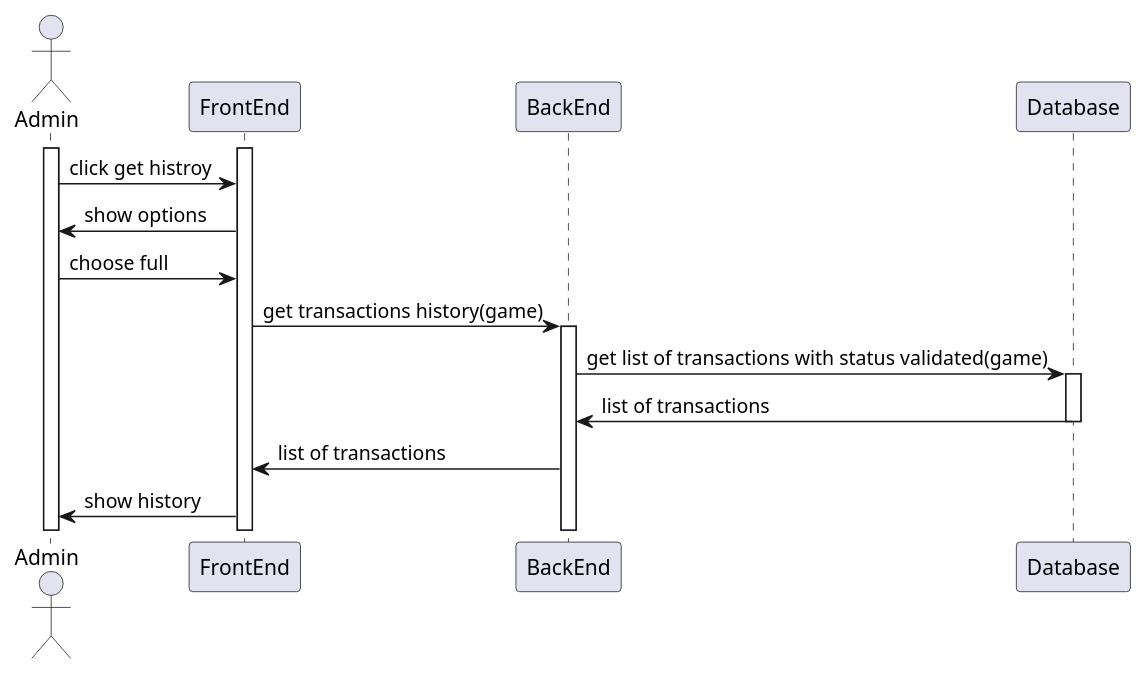
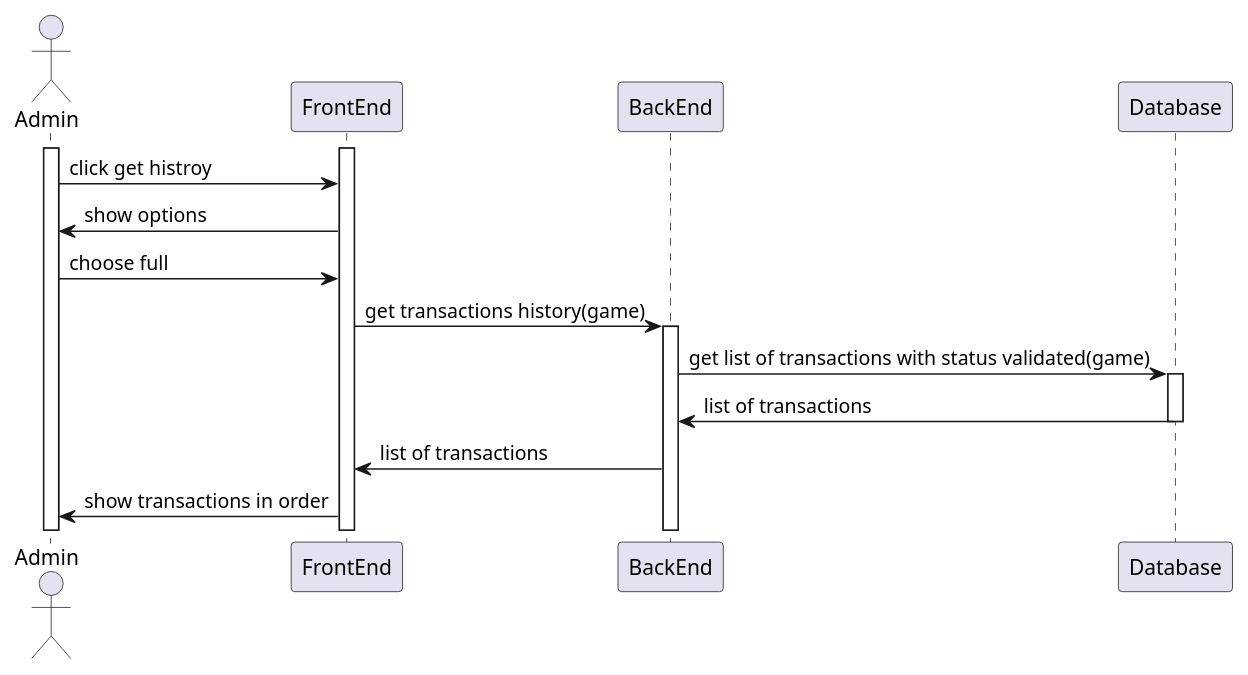
One commit to monoploy-game/design changed the diagram in detailedSDs/admin/see_transactions_full_history.wsd. Above: the diagram before and after it, drawn with PlantUML.

Commit message:
sd and dsd of see full historie of transactions is sync with datbase

```diff
--- a/detailedSDs/admin/see_transactions_full_history.wsd
+++ b/detailedSDs/admin/see_transactions_full_history.wsd
@@ -1,25 +1,25 @@
 @startuml "see transaction history of one player"
 
 actor Admin
 
 Activate Admin
 Activate FrontEnd
 
 Admin -> FrontEnd : click get histroy
 FrontEnd -> Admin : show options
 Admin -> FrontEnd : choose full
 FrontEnd -> BackEnd : get transactions history(game)
 Activate BackEnd
 
 BackEnd -> Database : get list of transactions with status validated(game)
 Activate Database
 
 Database -> BackEnd : list of transactions
 deactivate Database
 
 BackEnd -> FrontEnd : list of transactions
 
 
-FrontEnd -> Admin : show history
+FrontEnd -> Admin : show transactions in order
 
 @enduml
```
